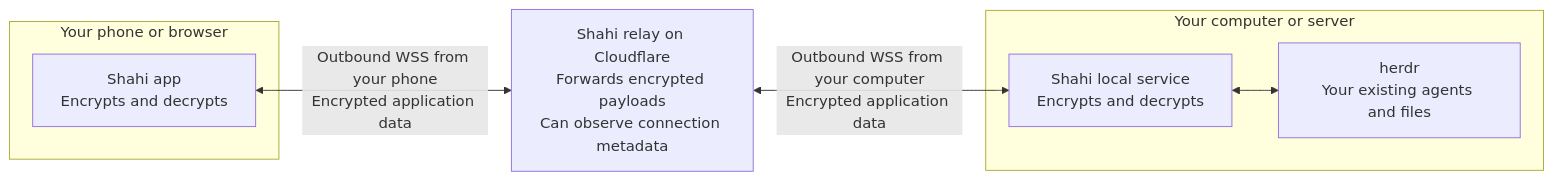
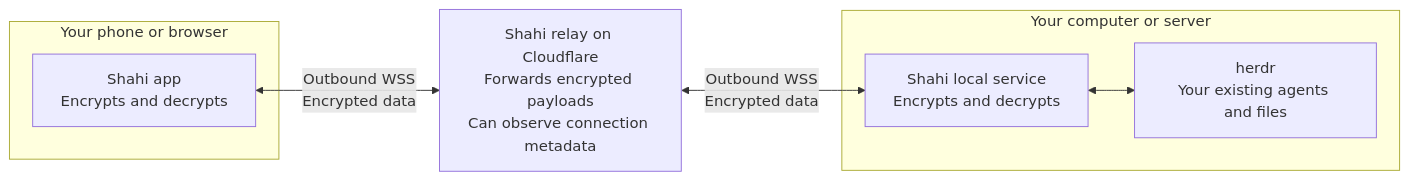
One commit to iYassr/shahi changed the diagram in README.md. Above: the diagram before and after it, drawn with Mermaid. The commit also changed other lines of this file, not shown here.

````diff
--- a/README.md
+++ b/README.md
@@ -190,14 +190,14 @@
 ```mermaid
 flowchart LR
   subgraph Device["Your phone or browser"]
     App["Shahi app<br/>Encrypts and decrypts"]
   end
   Relay["Shahi relay on Cloudflare<br/>Forwards encrypted payloads<br/>Can observe connection metadata"]
   subgraph Computer["Your computer or server"]
     Service["Shahi local service<br/>Encrypts and decrypts"]
     Work["herdr<br/>Your existing agents and files"]
   end
-  App <-->|"Outbound WSS from your phone<br/>Encrypted application data"| Relay
-  Relay <-->|"Outbound WSS from your computer<br/>Encrypted application data"| Service
+  App <-->|"Outbound WSS<br/>Encrypted data"| Relay
+  Relay <-->|"Outbound WSS<br/>Encrypted data"| Service
   Service <--> Work
 ```
````
